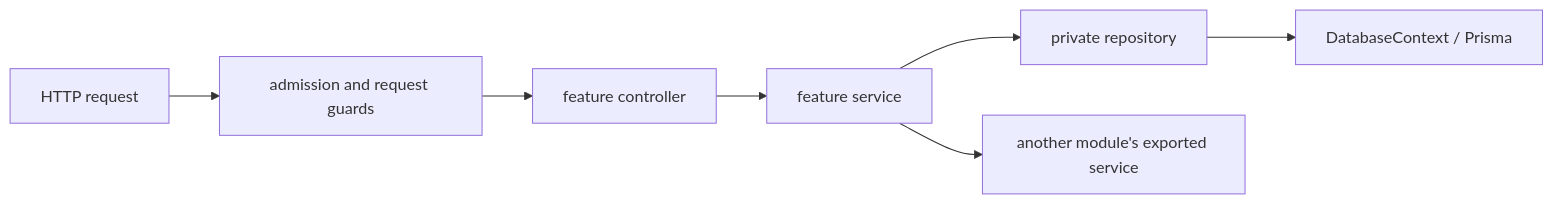
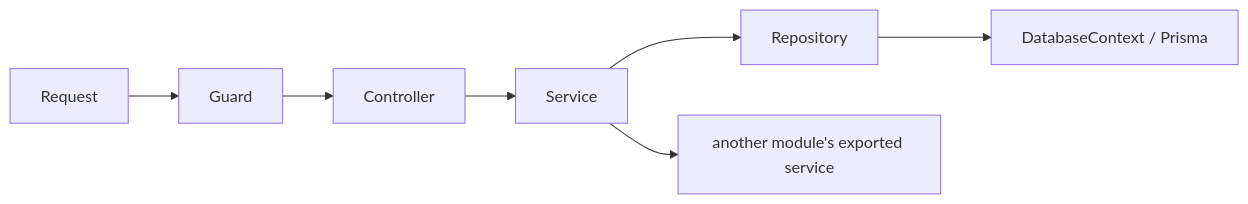
Before and after one commit to KasraK2K/nexora-platform-core: the diagram in docs/concepts/architecture-overview.md, drawn with Mermaid. The commit also changed other lines of this file and 167 other files, not shown here.

````diff
--- a/docs/concepts/architecture-overview.md
+++ b/docs/concepts/architecture-overview.md
@@ -24,9 +8,9 @@
 ```mermaid
 flowchart LR
-    Request["HTTP request"] --> Guard["admission and request guards"]
-    Guard --> Controller["feature controller"]
-    Controller --> Service["feature service"]
-    Service --> Repository["private repository"]
+    Request --> Guard
+    Guard --> Controller
+    Controller --> Service
+    Service --> Repository
     Repository --> Database["DatabaseContext / Prisma"]
-    Service --> PublicService["another module's exported service"]
+    Service --> ExportedService["another module's exported service"]
 ```
````
